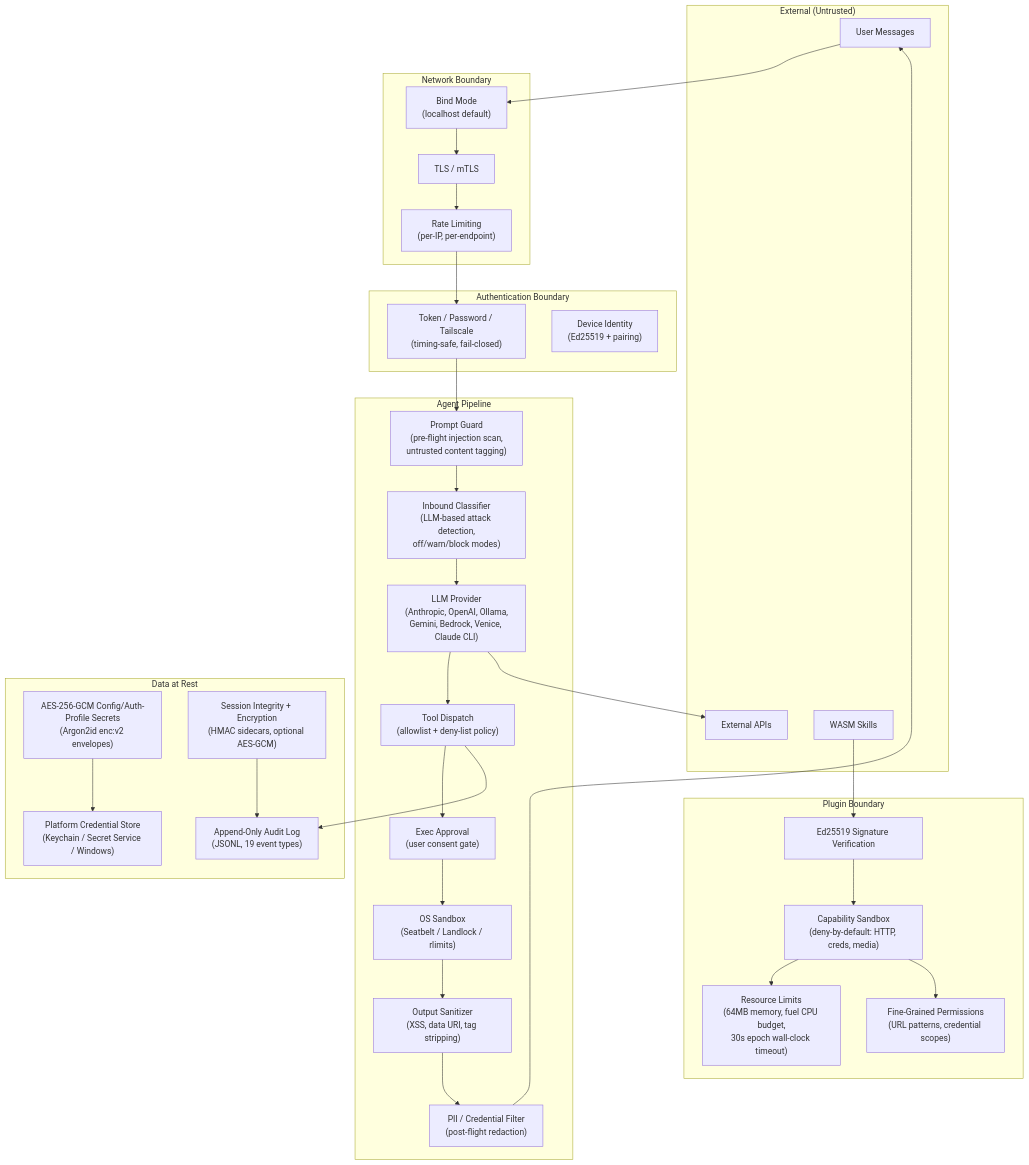
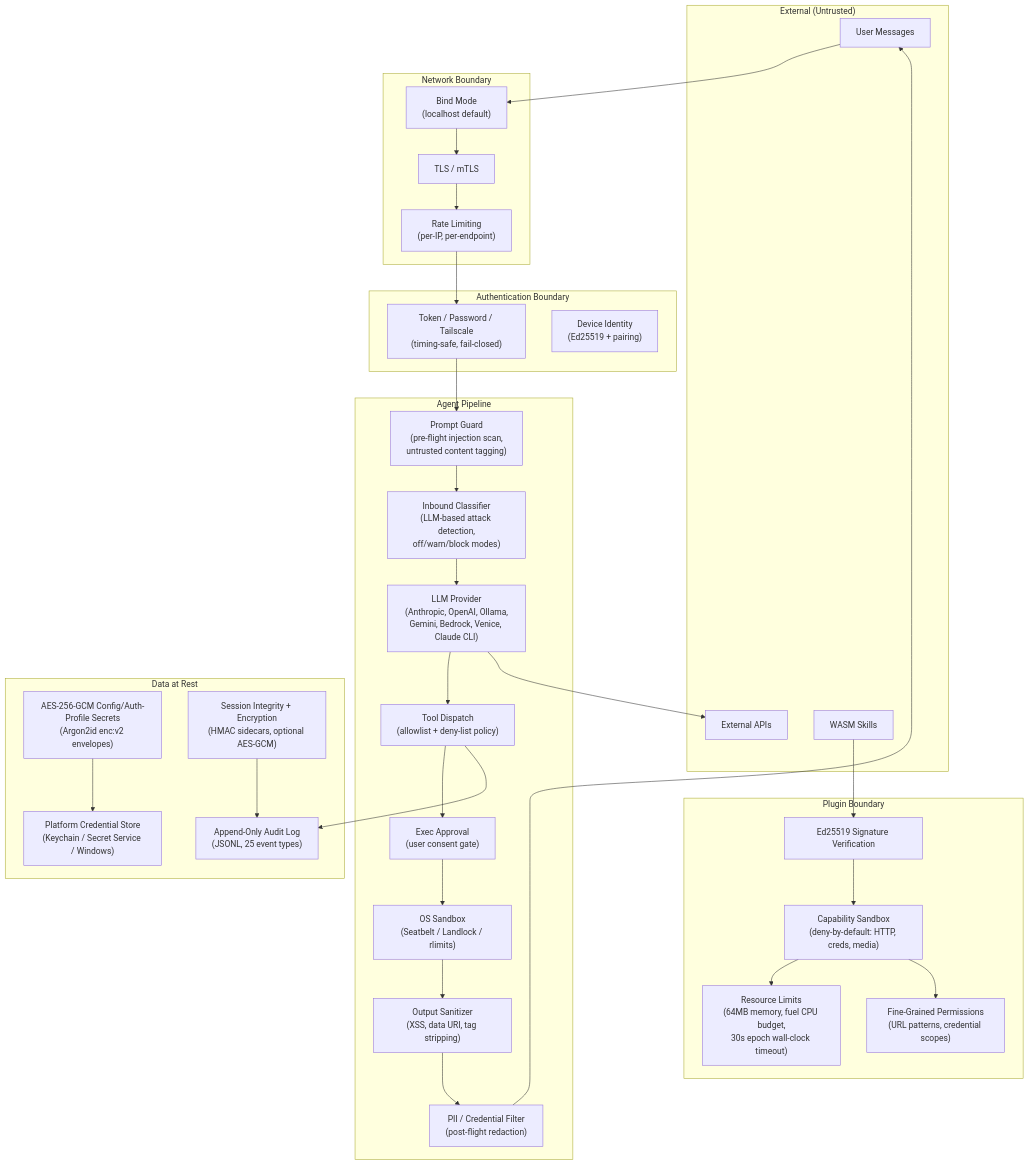
Before and after one commit to puremachinery/carapace: the diagram in docs/security.md, drawn with Mermaid. The commit also changed other lines of this file and 18 other files, not shown here.

````diff
--- a/docs/security.md
+++ b/docs/security.md
@@ -40,59 +40,59 @@
 ```mermaid
 graph TB
     subgraph "External (Untrusted)"
         User[User Messages]
         ExtAPI[External APIs]
         Skills[WASM Skills]
     end
 
     subgraph "Network Boundary"
         Bind["Bind Mode<br/>(localhost default)"]
         TLS["TLS / mTLS"]
         RateLimit["Rate Limiting<br/>(per-IP, per-endpoint)"]
     end
 
     subgraph "Authentication Boundary"
         Auth["Token / Password / Tailscale<br/>(timing-safe, fail-closed)"]
         DeviceAuth["Device Identity<br/>(Ed25519 + pairing)"]
     end
 
     subgraph "Agent Pipeline"
         PromptGuard["Prompt Guard<br/>(pre-flight injection scan,<br/>untrusted content tagging)"]
         Classifier["Inbound Classifier<br/>(LLM-based attack detection,<br/>off/warn/block modes)"]
         LLM["LLM Provider<br/>(Anthropic, OpenAI, Ollama,<br/>Gemini, Bedrock, Venice, Claude CLI)"]
         ToolDispatch["Tool Dispatch<br/>(allowlist + deny-list policy)"]
         ExecApproval["Exec Approval<br/>(user consent gate)"]
         Sandbox["OS Sandbox<br/>(Seatbelt / Landlock / rlimits)"]
         OutputCSP["Output Sanitizer<br/>(XSS, data URI, tag stripping)"]
         PIIFilter["PII / Credential Filter<br/>(post-flight redaction)"]
     end
 
     subgraph "Data at Rest"
         Secrets["AES-256-GCM Config/Auth-Profile Secrets<br/>(Argon2id enc:v2 envelopes)"]
         Sessions["Session Integrity + Encryption<br/>(HMAC sidecars, optional AES-GCM)"]
-        Audit["Append-Only Audit Log<br/>(JSONL, 19 event types)"]
+        Audit["Append-Only Audit Log<br/>(JSONL, 25 event types)"]
         Keychain["Platform Credential Store<br/>(Keychain / Secret Service / Windows)"]
     end
 
     subgraph "Plugin Boundary"
         PluginSig["Ed25519 Signature Verification"]
         PluginCaps["Capability Sandbox<br/>(deny-by-default: HTTP, creds, media)"]
         PluginRes["Resource Limits<br/>(64MB memory, fuel CPU budget,<br/>30s epoch wall-clock timeout)"]
         PluginPerms["Fine-Grained Permissions<br/>(URL patterns, credential scopes)"]
     end
 
     User --> Bind --> TLS --> RateLimit --> Auth
     Auth --> PromptGuard --> Classifier --> LLM
     LLM --> ToolDispatch --> ExecApproval --> Sandbox
     Sandbox --> OutputCSP --> PIIFilter
     PIIFilter --> User
 
     LLM --> ExtAPI
     ToolDispatch --> Audit
 
     Skills --> PluginSig --> PluginCaps --> PluginRes
     PluginCaps --> PluginPerms
 
     Secrets --> Keychain
     Sessions --> Audit
 ```
````
